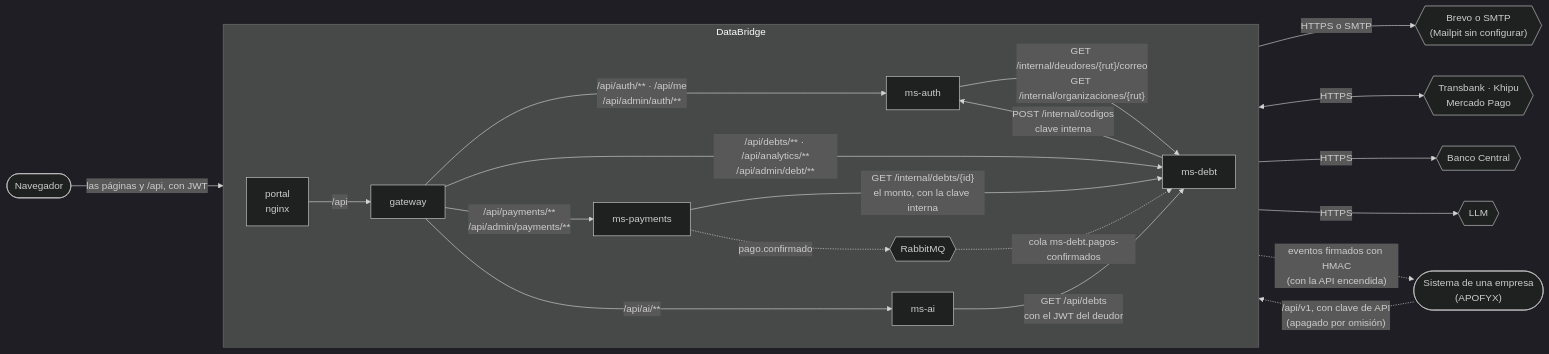
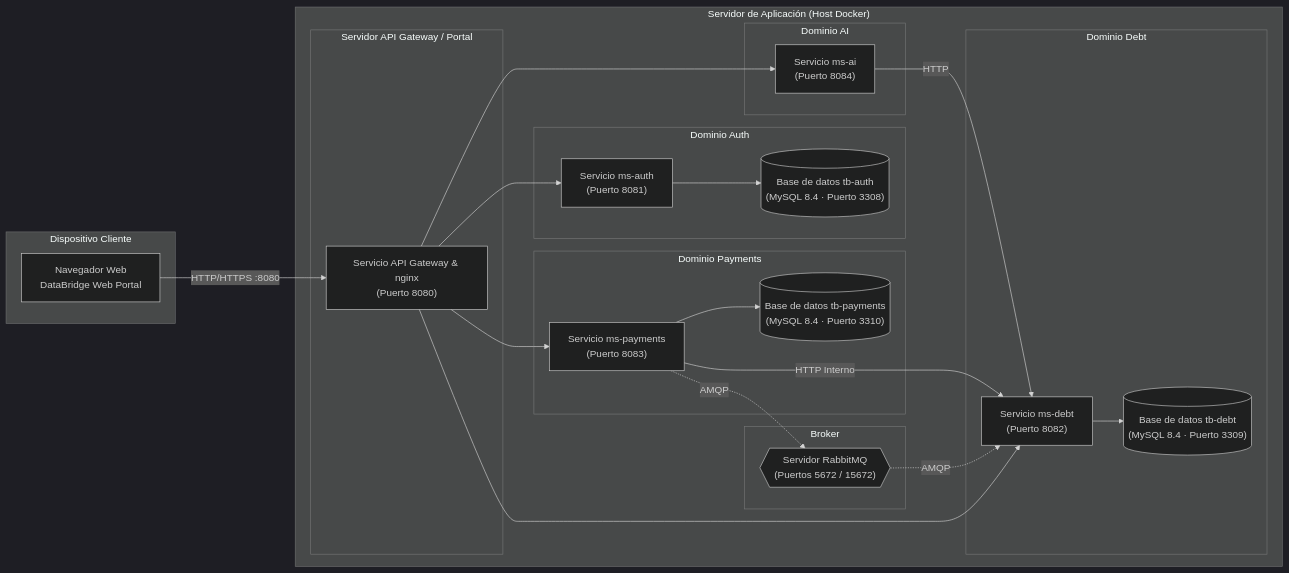
One commit to TechnicalBridge/DataBridge changed the second of 3 diagrams in README.md. Above: the diagram before and after it, drawn with Mermaid (dark theme). The commit also changed other lines of this file and 15 other files, not shown here.

First line of the commit message:
docs(readme): Reestructurar README según formato requerido y actualizar diagramas de arquitectura (#253)

````diff
--- a/README.md
+++ b/README.md
@@ -920,43 +295,49 @@
 ```mermaid
 flowchart LR
-    NAV(["Navegador"])
-    SIS(["Sistema de una empresa<br/>(APOFYX)"])
-
-    subgraph TBW["DataBridge"]
-        direction LR
-        POR["portal<br/>nginx"]
-        GW["gateway"]
-        AUTH["ms-auth"]
-        DEBT["ms-debt"]
-        PAY["ms-payments"]
-        AI["ms-ai"]
-        MQ{{"RabbitMQ"}}
+    subgraph DISPOSITIVO["Dispositivo Cliente"]
+        BROWSER["Navegador Web<br/>DataBridge Web Portal"]
     end
 
-    CORREO{{"Brevo o SMTP<br/>(Mailpit sin configurar)"}}
-    PAS{{"Transbank · Khipu<br/>Mercado Pago"}}
-    BCC{{"Banco Central"}}
-    LLM{{"LLM"}}
+    subgraph HOST["Servidor de Aplicación (Host Docker)"]
+        subgraph CONT_PROXY["Servidor API Gateway / Portal"]
+            GW_SRV["Servicio API Gateway & nginx<br/>(Puerto 8080)"]
+        end
 
-    NAV -->|"las páginas y /api, con JWT"| POR
-    SIS -.->|"/api/v1, con clave de API<br/>(apagado por omisión)"| POR
-    POR -->|"/api"| GW
+        subgraph CONT_AUTH["Dominio Auth"]
+            MS_AUTH["Servicio ms-auth<br/>(Puerto 8081)"]
+            DB_AUTH_SRV[("Base de datos tb-auth<br/>(MySQL 8.4 · Puerto 3308)")]
+            MS_AUTH --> DB_AUTH_SRV
+        end
 
-    GW -->|"/api/auth/** · /api/me<br/>/api/admin/auth/**"| AUTH
-    GW -->|"/api/debts/** · /api/analytics/**<br/>/api/admin/debt/**"| DEBT
-    GW -->|"/api/payments/**<br/>/api/admin/payments/**"| PAY
-    GW -->|"/api/ai/**"| AI
+        subgraph CONT_DEBT["Dominio Debt"]
+            MS_DEBT["Servicio ms-debt<br/>(Puerto 8082)"]
+            DB_DEBT_SRV[("Base de datos tb-debt<br/>(MySQL 8.4 · Puerto 3309)")]
+            MS_DEBT --> DB_DEBT_SRV
+        end
 
-    DEBT -->|"POST /internal/codigos<br/>clave interna"| AUTH
-    AUTH -->|"GET /internal/deudores/{rut}/correo<br/>GET /internal/organizaciones/{rut}"| DEBT
-    PAY -->|"GET /internal/debts/{id}<br/>el monto, con la clave interna"| DEBT
-    PAY -.->|"pago.confirmado"| MQ
-    MQ -.->|"cola ms-debt.pagos-confirmados"| DEBT
-    AI -->|"GET /api/debts<br/>con el JWT del deudor"| DEBT
+        subgraph CONT_PAY["Dominio Payments"]
+            MS_PAY["Servicio ms-payments<br/>(Puerto 8083)"]
+            DB_PAY_SRV[("Base de datos tb-payments<br/>(MySQL 8.4 · Puerto 3310)")]
+            MS_PAY --> DB_PAY_SRV
+        end
 
-    AUTH -->|"HTTPS o SMTP"| CORREO
-    PAY <-->|"HTTPS"| PAS
-    PAY -->|"HTTPS"| BCC
-    AI -->|"HTTPS"| LLM
-    DEBT -.->|"eventos firmados con HMAC<br/>(con la API encendida)"| SIS
+        subgraph CONT_MQ["Broker"]
+            RABBIT_SRV{{"Servidor RabbitMQ<br/>(Puertos 5672 / 15672)"}}
+        end
+
+        subgraph CONT_AI["Dominio AI"]
+            MS_AI["Servicio ms-ai<br/>(Puerto 8084)"]
+        end
+    end
+
+    BROWSER -->|"HTTP/HTTPS :8080"| GW_SRV
+    GW_SRV --> MS_AUTH
+    GW_SRV --> MS_DEBT
+    GW_SRV --> MS_PAY
+    GW_SRV --> MS_AI
+
+    MS_PAY -.->|"AMQP"| RABBIT_SRV
+    RABBIT_SRV -.->|"AMQP"| MS_DEBT
+    MS_PAY -->|"HTTP Interno"| MS_DEBT
+    MS_AI -->|"HTTP"| MS_DEBT
 ```
````
